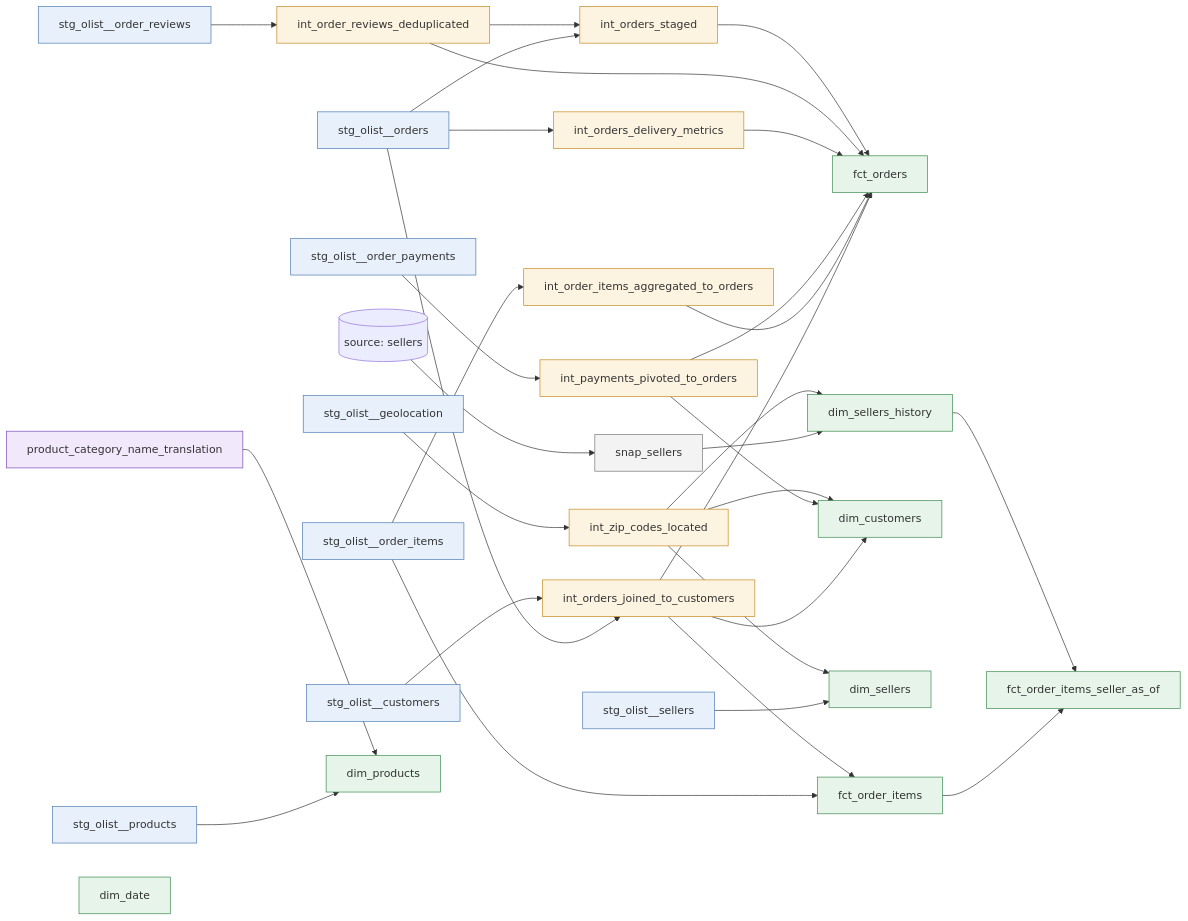
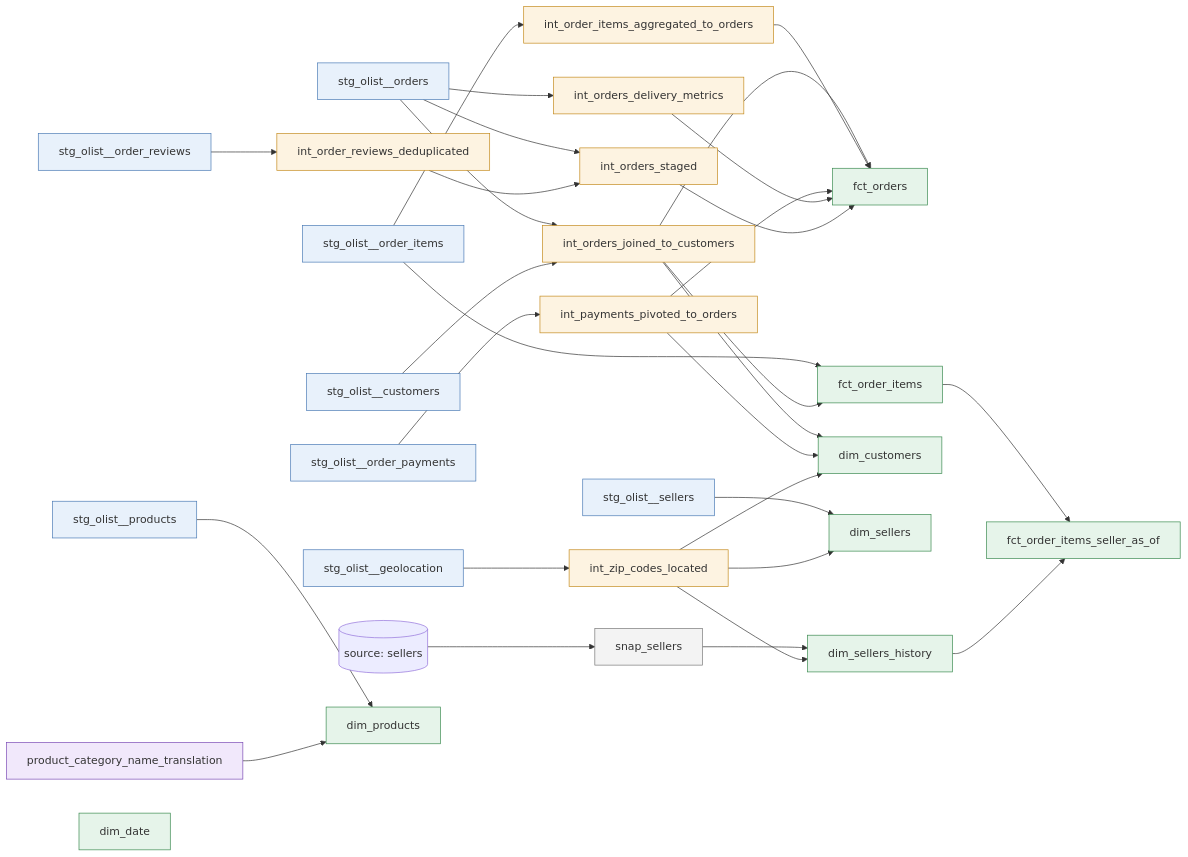
Before and after one commit to ShuCiG/olist-analytics-dbt: the third of 4 diagrams in README.md, drawn with Mermaid.

Commit message:
docs: README lineage follows the review columns through int_orders_staged

````diff
--- a/README.md
+++ b/README.md
@@ -187,73 +187,72 @@
 ```mermaid
 flowchart LR
     classDef stg fill:#e8f1fb,stroke:#4a7ab5
     classDef int fill:#fdf3e1,stroke:#c48a1c
     classDef mart fill:#e6f4ea,stroke:#3a8a4f
     classDef seed fill:#f1e8fb,stroke:#7a4ab5
     classDef snap fill:#f3f3f3,stroke:#777777
 
     stg_orders[stg_olist__orders]:::stg
     stg_items[stg_olist__order_items]:::stg
     stg_payments[stg_olist__order_payments]:::stg
     stg_reviews[stg_olist__order_reviews]:::stg
     stg_customers[stg_olist__customers]:::stg
     stg_products[stg_olist__products]:::stg
     stg_sellers[stg_olist__sellers]:::stg
     stg_geo[stg_olist__geolocation]:::stg
     translation[product_category_name_translation]:::seed
     src_sellers[(source: sellers)]
     snap_sellers:::snap
 
     int_pay[int_payments_pivoted_to_orders]:::int
     int_items[int_order_items_aggregated_to_orders]:::int
     int_delivery[int_orders_delivery_metrics]:::int
     int_reviews[int_order_reviews_deduplicated]:::int
     int_staged[int_orders_staged]:::int
     int_zip[int_zip_codes_located]:::int
     int_oc[int_orders_joined_to_customers]:::int
 
     fct_orders:::mart
     fct_order_items:::mart
     dim_customers:::mart
     dim_sellers:::mart
     dim_sellers_history:::mart
     fct_order_items_seller_as_of:::mart
     dim_products:::mart
     dim_date:::mart
 
     stg_payments --> int_pay
     stg_items --> int_items
     stg_orders --> int_delivery
     stg_reviews --> int_reviews
     stg_orders --> int_staged
     int_reviews --> int_staged
     stg_geo --> int_zip
     stg_orders --> int_oc
     stg_customers --> int_oc
 
     int_oc --> fct_orders
     int_items --> fct_orders
     int_pay --> fct_orders
     int_delivery --> fct_orders
-    int_reviews --> fct_orders
     int_staged --> fct_orders
 
     stg_items --> fct_order_items
     int_oc --> fct_order_items
 
     int_oc --> dim_customers
     int_pay --> dim_customers
     int_zip --> dim_customers
 
     stg_sellers --> dim_sellers
     int_zip --> dim_sellers
 
     stg_products --> dim_products
     translation --> dim_products
 
     src_sellers --> snap_sellers
     snap_sellers --> dim_sellers_history
     int_zip --> dim_sellers_history
     fct_order_items --> fct_order_items_seller_as_of
     dim_sellers_history --> fct_order_items_seller_as_of
 ```
````
